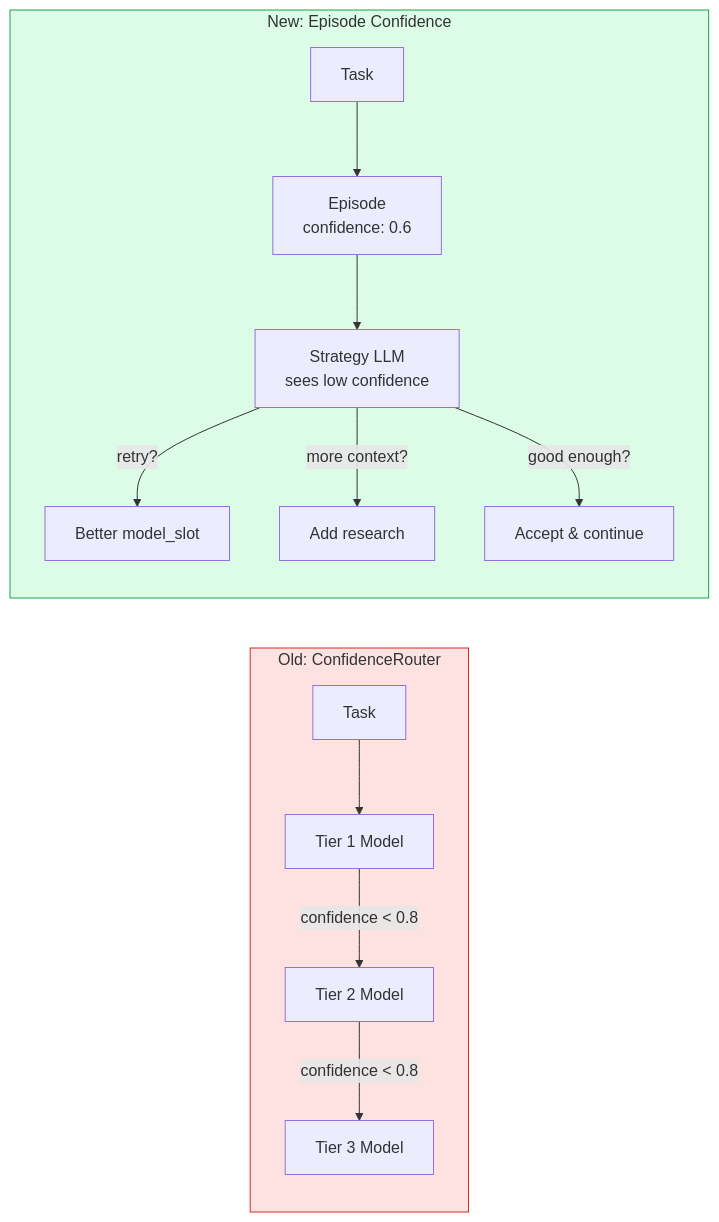
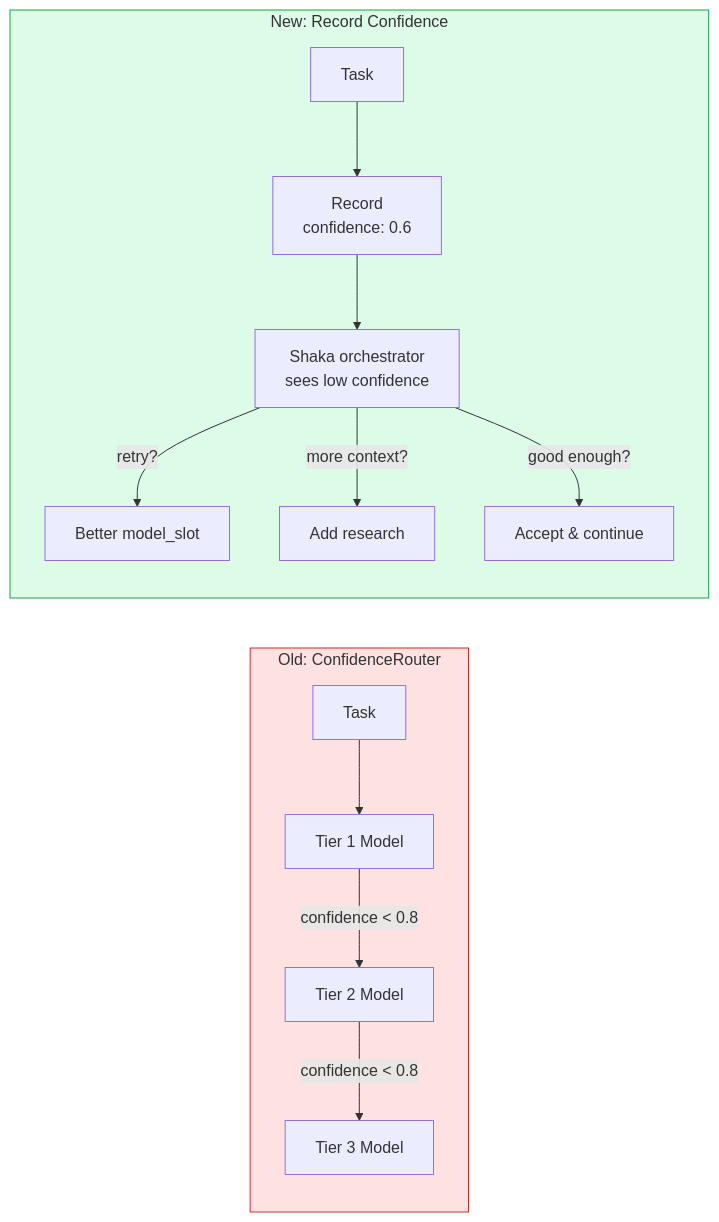
The seventh of 8 diagrams in docs/brainstorm/nika-evolution/07-slate-deep-integration.md (supernovae-st/nika), drawn with Mermaid before and after one commit. The commit also changed other lines of this file and 12 other files, not shown here.

````diff
--- a/docs/brainstorm/nika-evolution/07-slate-deep-integration.md
+++ b/docs/brainstorm/nika-evolution/07-slate-deep-integration.md
@@ -444,19 +444,19 @@
 ```mermaid
 flowchart LR
     subgraph OLD["Old: ConfidenceRouter"]
         O1["Task"] --> O2["Tier 1 Model"]
         O2 -->|"confidence < 0.8"| O3["Tier 2 Model"]
         O3 -->|"confidence < 0.8"| O4["Tier 3 Model"]
     end
 
-    subgraph NEW["New: Episode Confidence"]
-        N1["Task"] --> N2["Episode\nconfidence: 0.6"]
-        N2 --> N3["Strategy LLM\nsees low confidence"]
+    subgraph NEW["New: Record Confidence"]
+        N1["Task"] --> N2["Record\nconfidence: 0.6"]
+        N2 --> N3["Shaka orchestrator\nsees low confidence"]
         N3 -->|"retry?"| N4["Better model_slot"]
         N3 -->|"more context?"| N5["Add research"]
         N3 -->|"good enough?"| N6["Accept & continue"]
     end
 
     style OLD fill:#fee2e2,stroke:#dc2626
     style NEW fill:#dcfce7,stroke:#16a34a
 ```
````
